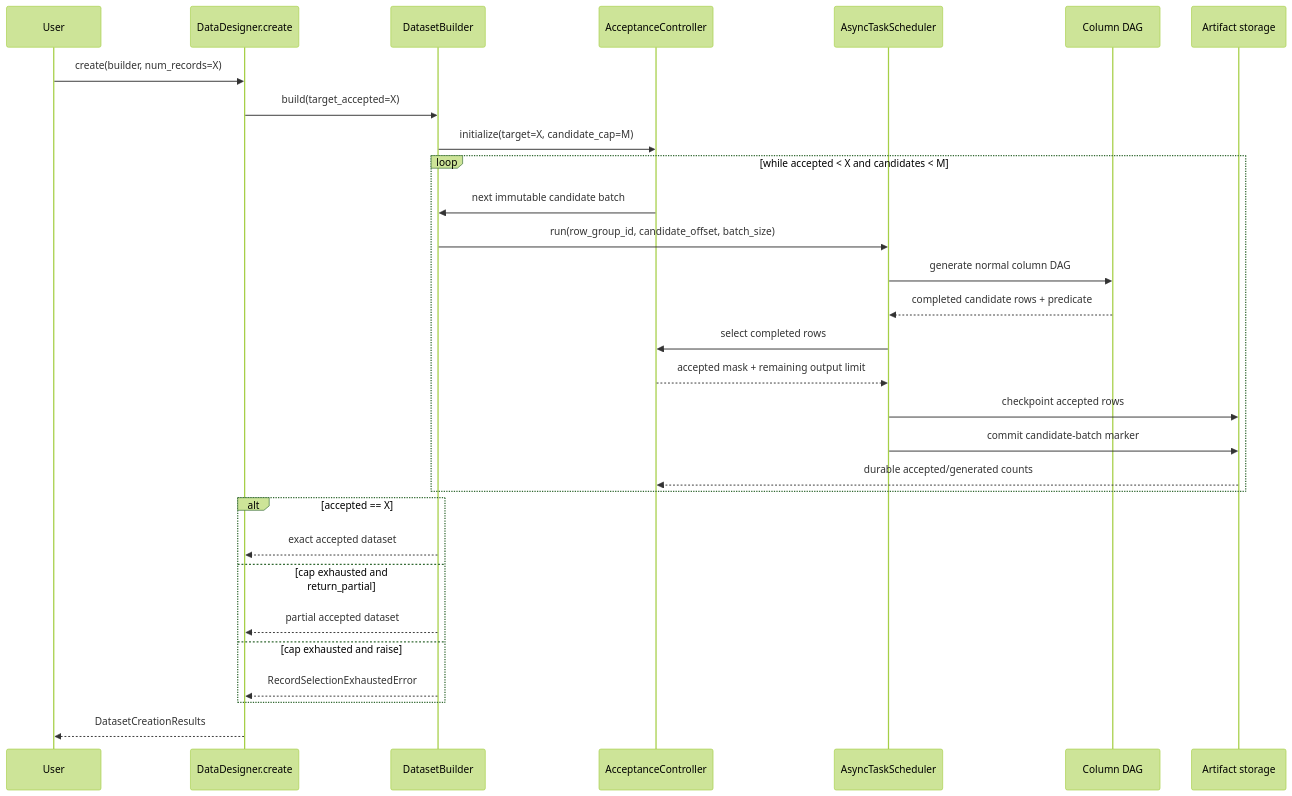
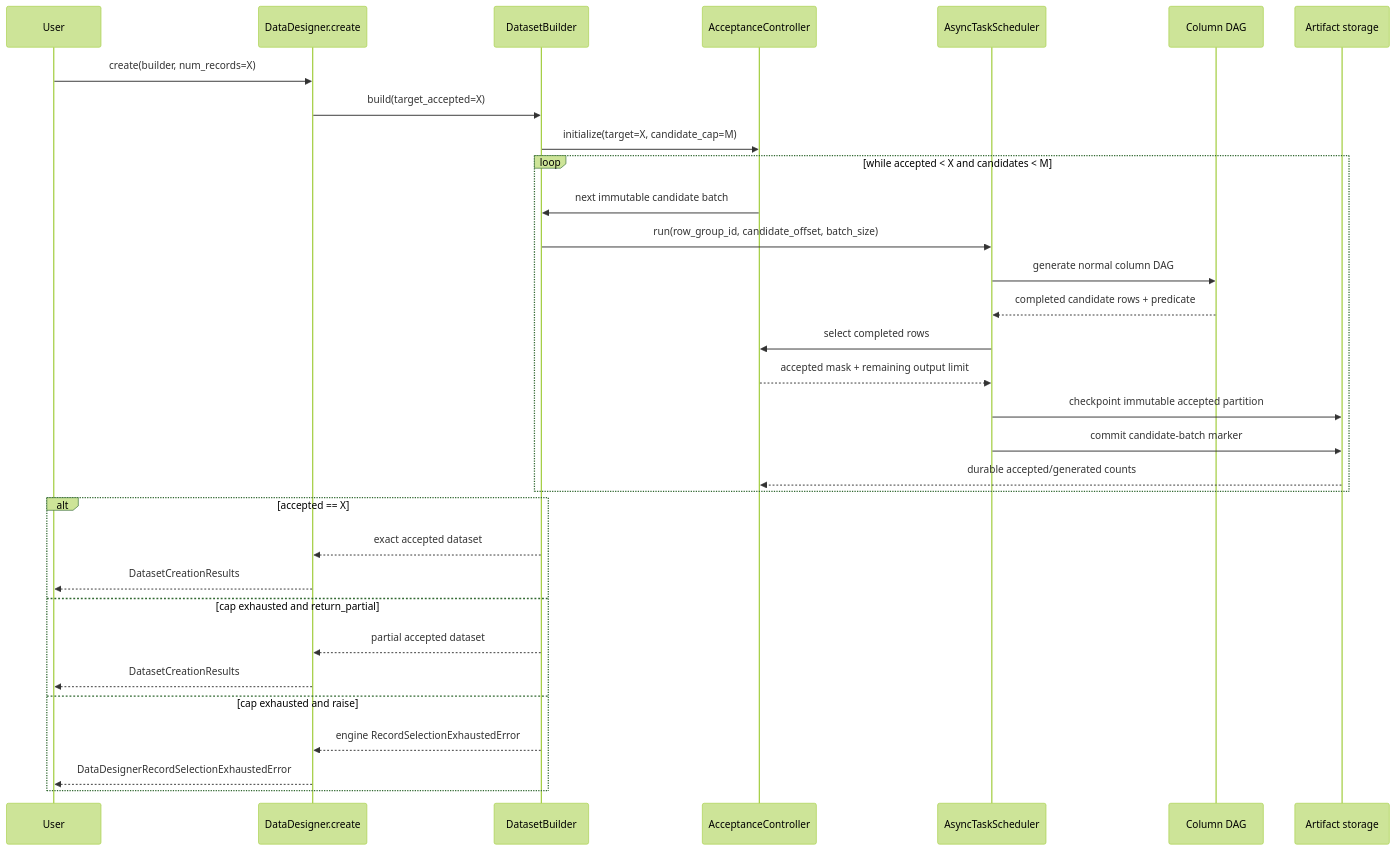
The second of 6 diagrams in plans/790/engine-native-record-selection.md (NVIDIA-NeMo/DataDesigner), drawn with Mermaid (forest theme) before and after one commit. The commit also changed other lines of this file, not shown here.

First line of the commit message:
docs: address record selection feedback

````diff
--- a/plans/790/engine-native-record-selection.md
+++ b/plans/790/engine-native-record-selection.md
@@ -272,36 +294,37 @@
 ```mermaid
 sequenceDiagram
     participant U as User
     participant I as DataDesigner.create
     participant B as DatasetBuilder
     participant A as AcceptanceController
     participant S as AsyncTaskScheduler
     participant G as Column DAG
     participant P as Artifact storage
 
     U->>I: create(builder, num_records=X)
     I->>B: build(target_accepted=X)
     B->>A: initialize(target=X, candidate_cap=M)
 
     loop while accepted < X and candidates < M
         A->>B: next immutable candidate batch
         B->>S: run(row_group_id, candidate_offset, batch_size)
         S->>G: generate normal column DAG
         G-->>S: completed candidate rows + predicate
         S->>A: select completed rows
         A-->>S: accepted mask + remaining output limit
-        S->>P: checkpoint accepted rows
+        S->>P: checkpoint immutable accepted partition
         S->>P: commit candidate-batch marker
         P-->>A: durable accepted/generated counts
     end
 
     alt accepted == X
         B-->>I: exact accepted dataset
+        I-->>U: DatasetCreationResults
     else cap exhausted and return_partial
         B-->>I: partial accepted dataset
+        I-->>U: DatasetCreationResults
     else cap exhausted and raise
-        B-->>I: RecordSelectionExhaustedError
+        B-->>I: engine RecordSelectionExhaustedError
+        I-->>U: DataDesignerRecordSelectionExhaustedError
     end
-
-    I-->>U: DatasetCreationResults
 ```
````
